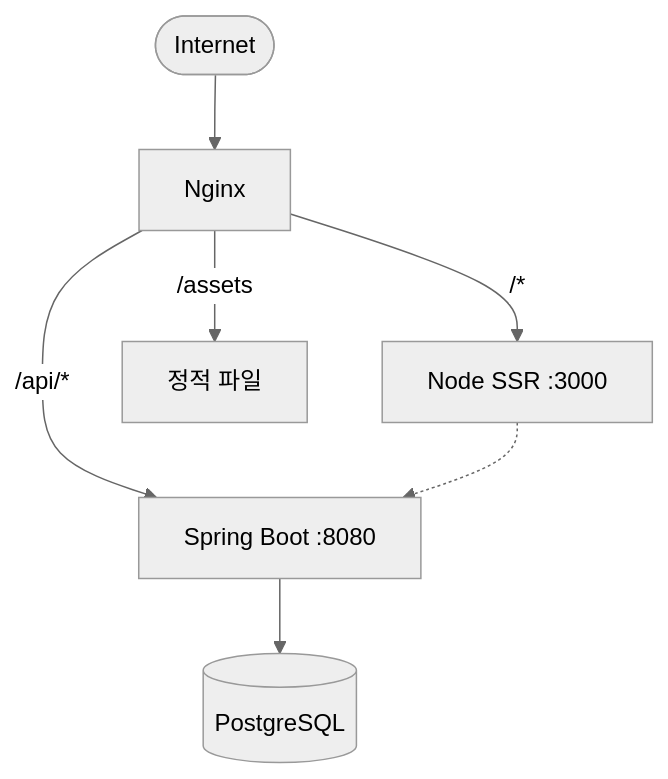
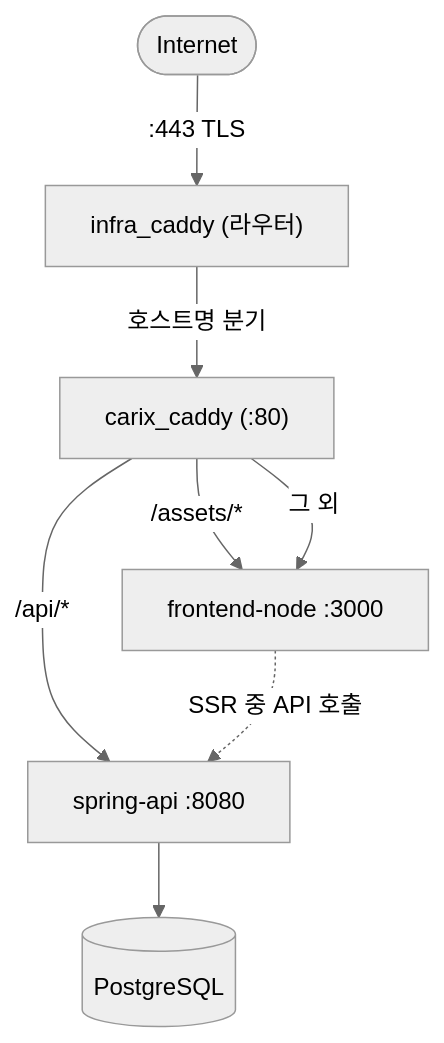
One commit to SeoHyeokGyu/Carix changed the diagram in docs/specs/frontend-design.md. Above: the diagram before and after it, drawn with Mermaid (neutral theme). The commit also changed other lines of this file and 3 other files, not shown here.

````diff
--- a/docs/specs/frontend-design.md
+++ b/docs/specs/frontend-design.md
@@ -29,9 +29,10 @@
 ```mermaid
 flowchart TD
-    Internet([Internet]) --> Nginx[Nginx]
-    Nginx -->|"/*"| NodeSSR[Node SSR :3000]
-    Nginx -->|"/api/*"| SpringBoot[Spring Boot :8080]
-    Nginx -->|"/assets"| Static[정적 파일]
-    NodeSSR -.-> SpringBoot
+    Internet([Internet]) -->|":443 TLS"| Router["infra_caddy (라우터)"]
+    Router -->|"호스트명 분기"| CarixCaddy["carix_caddy (:80)"]
+    CarixCaddy -->|"/api/*"| SpringBoot["spring-api :8080"]
+    CarixCaddy -->|"/assets/*"| NodeSSR
+    CarixCaddy -->|"그 외"| NodeSSR["frontend-node :3000"]
+    NodeSSR -.->|"SSR 중 API 호출"| SpringBoot
     SpringBoot --> DB[(PostgreSQL)]
 ```
````
